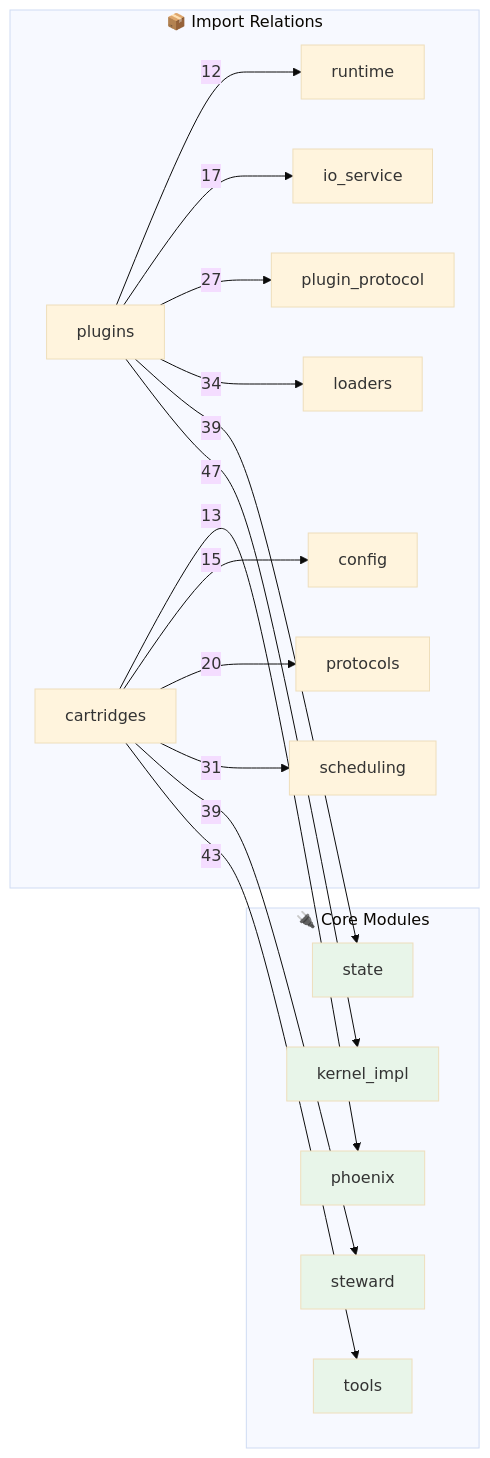
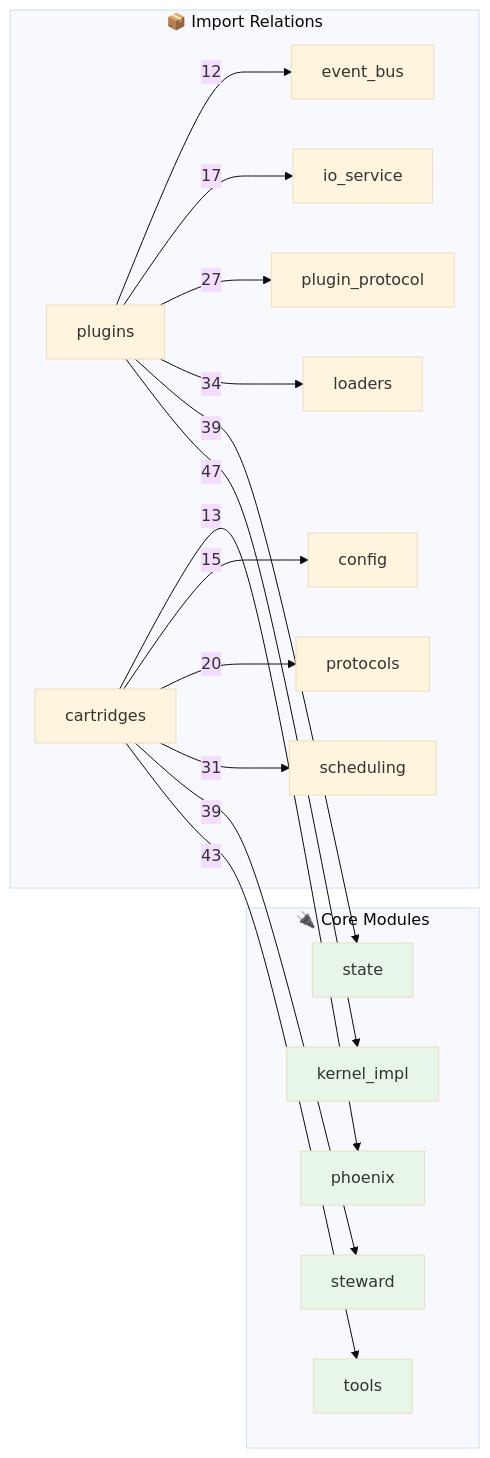
One commit to kimeisele/steward-protocol changed the second of 2 diagrams in OPUS.md. Above: the diagram before and after it, drawn with Mermaid (base theme). The commit also changed other lines of this file and 16 other files, not shown here.

````diff
--- a/OPUS.md
+++ b/OPUS.md
@@ -747,31 +749,31 @@
 ```mermaid
 flowchart LR
     subgraph Core["🔌 Core Modules"]
         kernel_impl[kernel_impl]
         steward[steward]
         tools[tools]
         state[state]
         phoenix[phoenix]
     end
 
     subgraph Edges["📦 Import Relations"]
         plugins -->|47| kernel_impl
         cartridges -->|43| tools
         cartridges -->|39| steward
         plugins -->|39| state
         plugins -->|34| loaders
         cartridges -->|31| scheduling
         plugins -->|27| plugin_protocol
         cartridges -->|20| protocols
         plugins -->|17| io_service
         cartridges -->|15| config
         cartridges -->|13| phoenix
-        plugins -->|12| runtime
+        plugins -->|12| event_bus
     end
 
     style kernel_impl fill:#e8f5e9
     style steward fill:#e8f5e9
     style tools fill:#e8f5e9
     style state fill:#e8f5e9
     style phoenix fill:#e8f5e9
 ```
````
